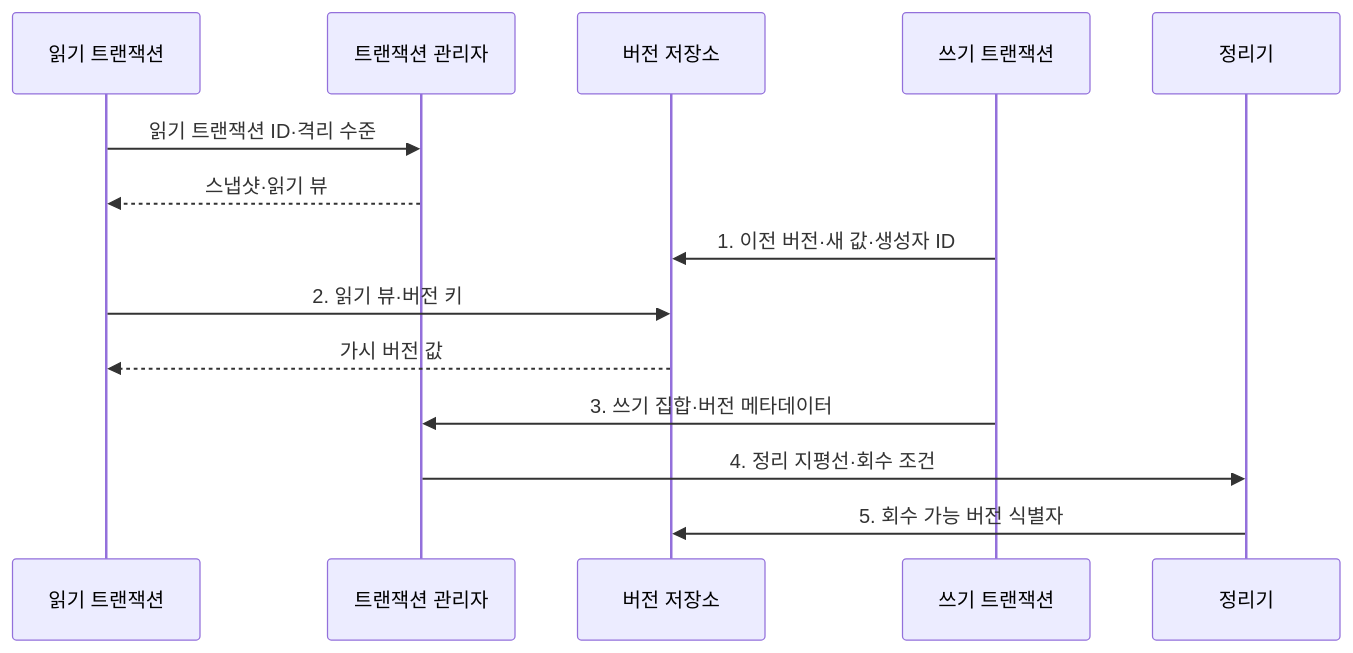
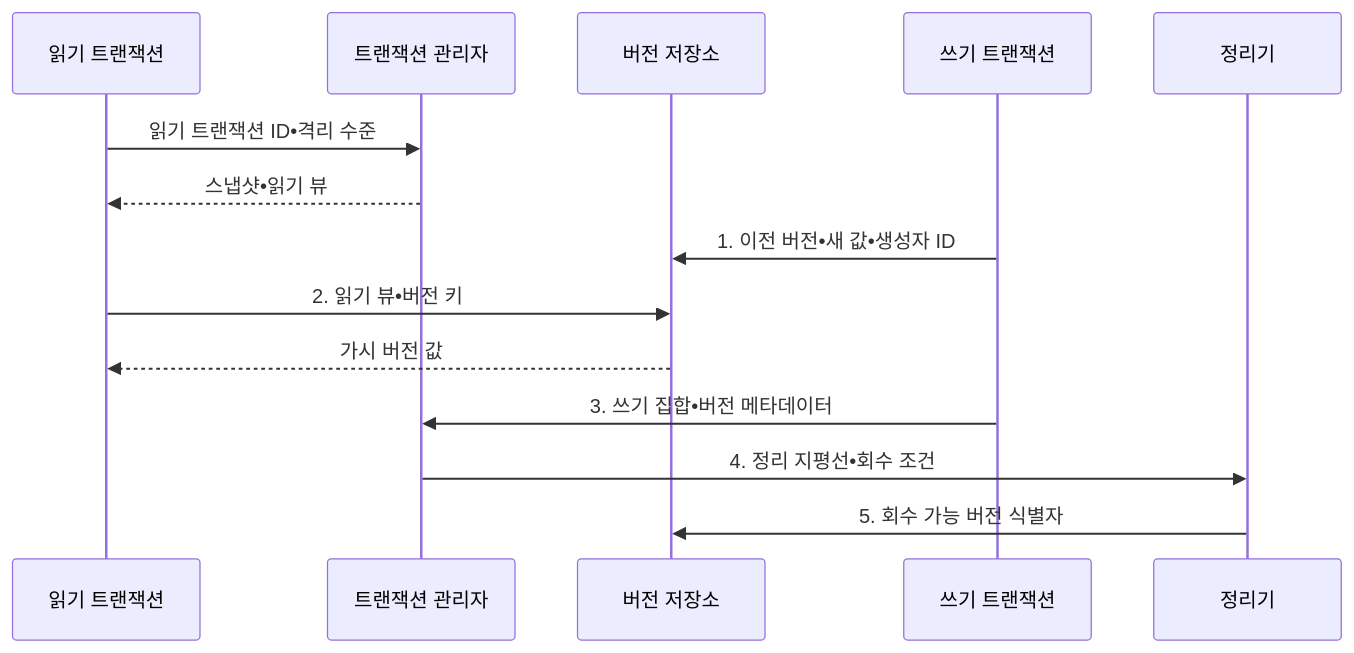
One commit to agnusdei1207/knowledge-base changed the second of 2 diagrams in src/content/docs/notes/03-software/087_mvcc.md. Above: the diagram before and after it, drawn with Mermaid. The commit also changed other lines of this file and 953 other files, not shown here.

````diff
--- a/src/content/docs/notes/03-software/087_mvcc.md
+++ b/src/content/docs/notes/03-software/087_mvcc.md
@@ -101,16 +101,16 @@
 ```mermaid
 sequenceDiagram
     participant R as 읽기 트랜잭션
     participant M as 트랜잭션 관리자
     participant V as 버전 저장소
     participant W as 쓰기 트랜잭션
     participant G as 정리기
-    R->>M: 읽기 트랜잭션 ID·격리 수준
-    M-->>R: 스냅샷·읽기 뷰
-    W->>V: 1. 이전 버전·새 값·생성자 ID
-    R->>V: 2. 읽기 뷰·버전 키
+    R->>M: 읽기 트랜잭션 ID•격리 수준
+    M-->>R: 스냅샷•읽기 뷰
+    W->>V: 1. 이전 버전•새 값•생성자 ID
+    R->>V: 2. 읽기 뷰•버전 키
     V-->>R: 가시 버전 값
-    W->>M: 3. 쓰기 집합·버전 메타데이터
-    M->>G: 4. 정리 지평선·회수 조건
+    W->>M: 3. 쓰기 집합•버전 메타데이터
+    M->>G: 4. 정리 지평선•회수 조건
     G->>V: 5. 회수 가능 버전 식별자
 ```
````
